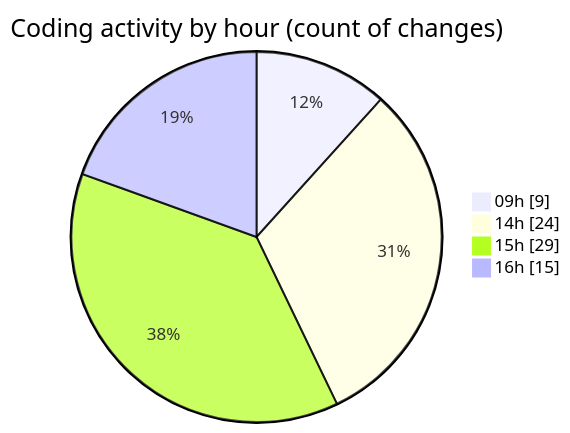
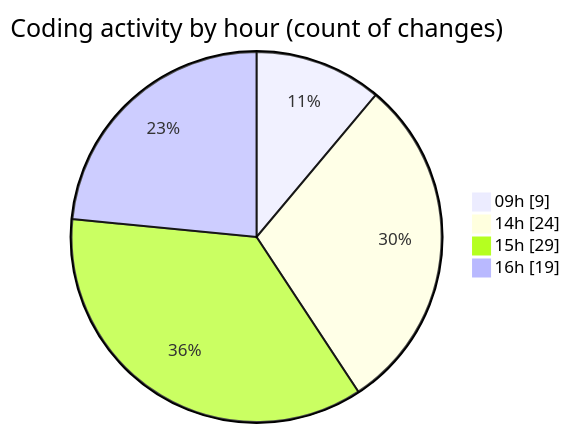
Before and after one commit to julien-gomy/code-tracking: the second of 2 diagrams in 2025-11-25/eventscop-frontend-guide__workspace_/README.md, drawn with Mermaid. The commit also changed other lines of this file and 1 other file, not shown here.

````diff
--- a/2025-11-25/eventscop-frontend-guide__workspace_/README.md
+++ b/2025-11-25/eventscop-frontend-guide__workspace_/README.md
@@ -45,8 +46,8 @@
 ```mermaid
 pie showData
 title Coding activity by hour (count of changes)
 "09h" : 9
 "14h" : 24
 "15h" : 29
-"16h" : 15
+"16h" : 19
 ```
````
